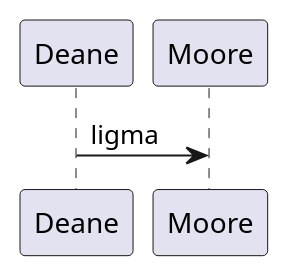
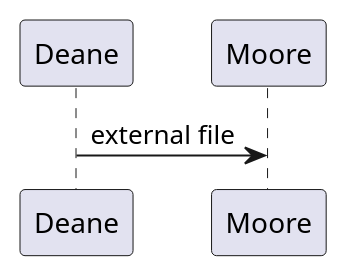
The diagram in report/src/diagrams/plantuml-test-file.puml (DevBobs-devops/Devbobs_MiniTwit), drawn with PlantUML before and after one commit. The commit also changed 3 other files, not shown here.

```diff
--- a/report/src/diagrams/plantuml-test-file.puml
+++ b/report/src/diagrams/plantuml-test-file.puml
@@ -1,3 +1,3 @@
   @startuml
-  Deane -> Moore: ligma
+  Deane -> Moore: external file
   @enduml
```
